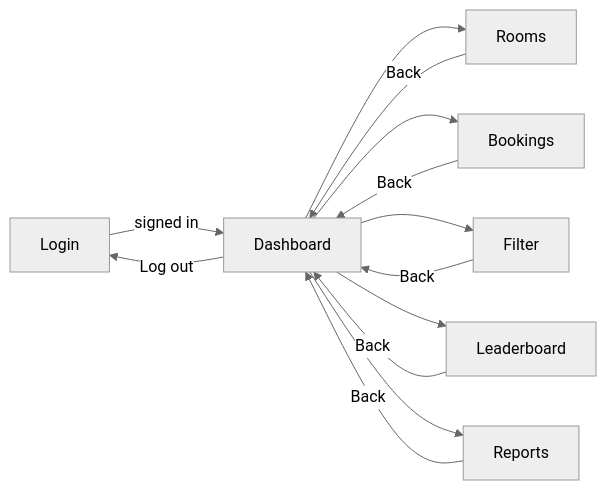
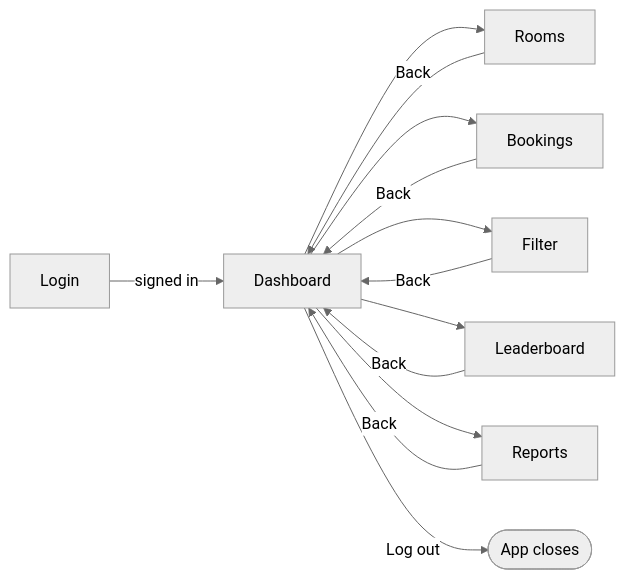
Before and after one commit to HusseinHany/EscapeRoomBookingSystem: the first of 2 diagrams in README.md, drawn with Mermaid (neutral theme).

Commit message:
README: Log out closes the app

````diff
--- a/README.md
+++ b/README.md
@@ -21,11 +21,11 @@
 ```mermaid
 flowchart LR
     L["Login"] -->|signed in| D["Dashboard"]
     D --> R["Rooms"]
     D --> B["Bookings"]
     D --> F["Filter"]
     D --> LB["Leaderboard"]
     D --> RP["Reports"]
     R & B & F & LB & RP -->|Back| D
-    D -->|Log out| L
+    D -->|Log out| X(["App closes"])
 ```
````
